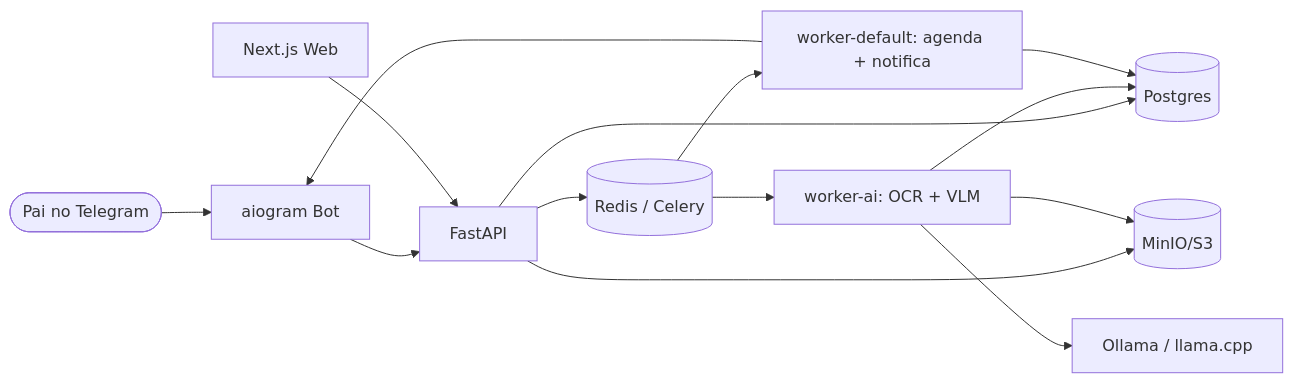
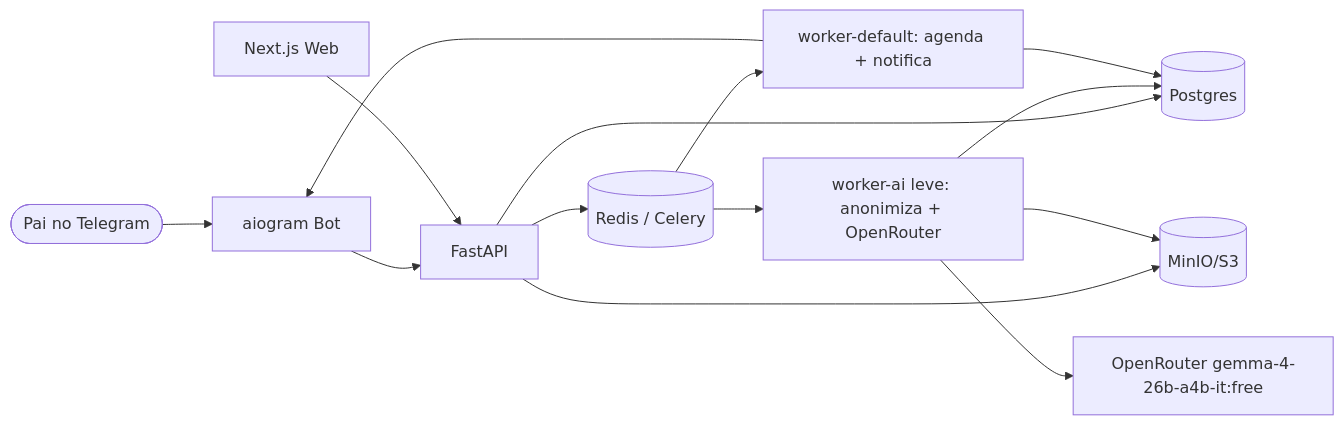
The first of 2 diagrams in SPECS.md (elrcosta-lab/hora_da_tarefa), drawn with Mermaid before and after one commit. The commit also changed other lines of this file and 14 other files, not shown here.

First line of the commit message:
feat: integrate OpenRouter gemma-4-26b free extraction, replace local VLM

````diff
--- a/SPECS.md
+++ b/SPECS.md
@@ -106,16 +106,16 @@
 ```mermaid
 flowchart LR
   Pai([Pai no Telegram]) --> BOT[aiogram Bot]
   BOT --> API[FastAPI]
   WEB[Next.js Web] --> API
   API --> PG[(Postgres)]
   API --> S3[(MinIO/S3)]
   API --> Q[(Redis / Celery)]
   Q --> WA[worker-default: agenda + notifica]
-  Q --> WAI[worker-ai: OCR + VLM]
-  WAI --> OLL[Ollama / llama.cpp]
+  Q --> WAI[worker-ai leve: anonimiza + OpenRouter]
+  WAI --> OR[OpenRouter gemma-4-26b-a4b-it:free]
   WAI --> S3
   WAI --> PG
   WA --> BOT
   WA --> PG
 ```
````
